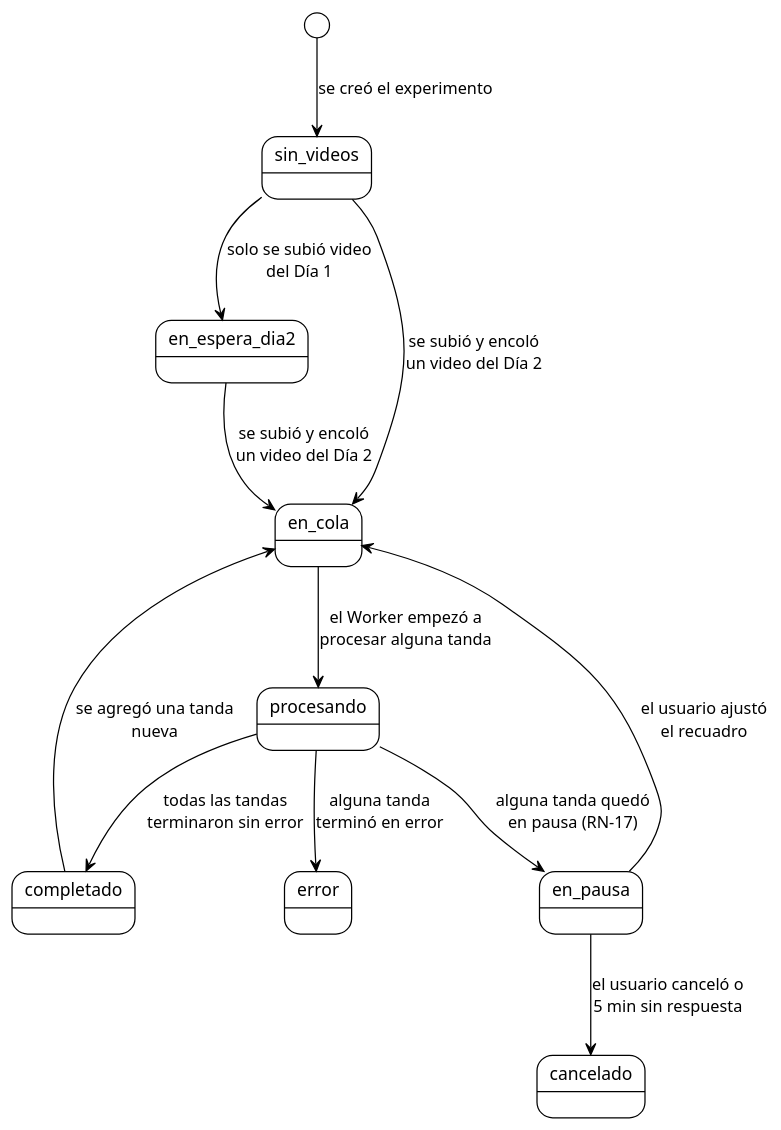
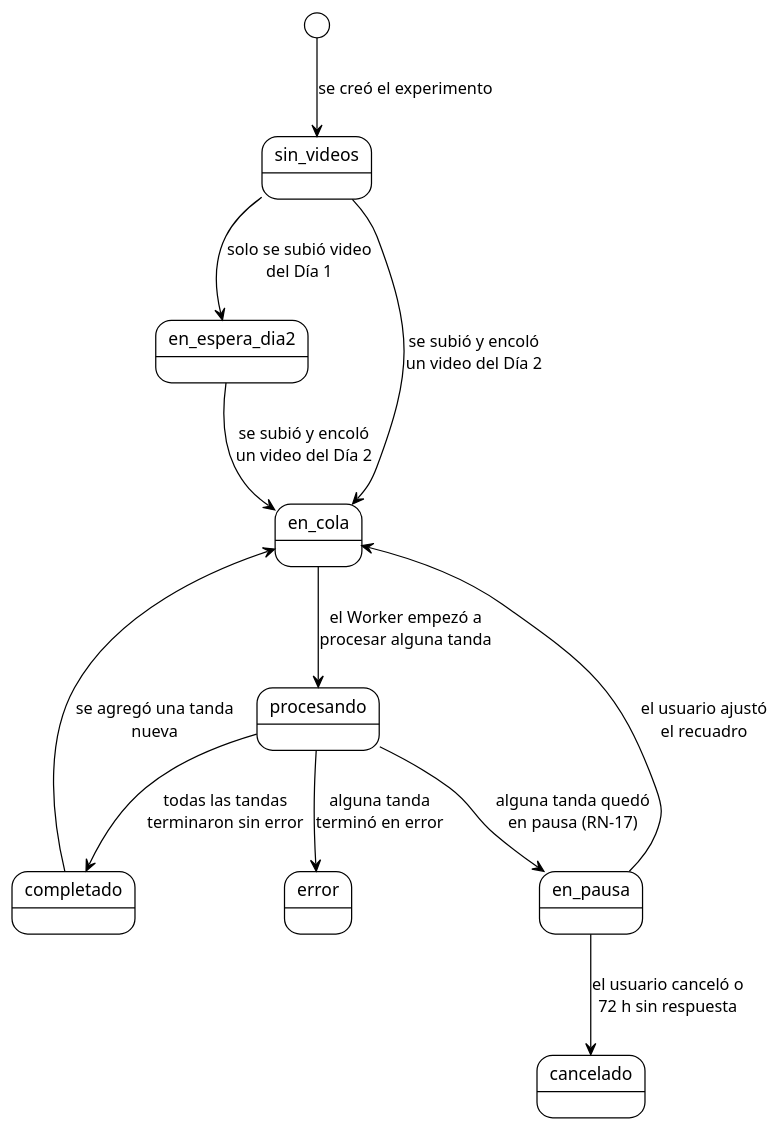
One commit to ErickJester/fst-ai-system-latex changed diagram 15 of 40 in INSTRUCCIONES-WEB.md. Above: the diagram before and after it, drawn with PlantUML. The commit also changed other lines of this file and 34 other files, not shown here.

First line of the commit message:
Pausa de 72 horas sin guardar el motivo de cancelacion (D-112), boton No se ve en la revision (D-113), D-107 confirmada e imagenes regeneradas

````diff
--- a/INSTRUCCIONES-WEB.md
+++ b/INSTRUCCIONES-WEB.md
@@ -2100,20 +2103,20 @@
 ```plantuml
 @startuml estados_experimento
 !theme plain
 skinparam defaultFontName Arial
 skinparam shadowing false
 ' El estado del experimento NO se guarda: se calcula a partir de los
 ' analisis de todas sus tandas. Precedencia: error > cancelado > en pausa > procesando > en cola > completado.
 [*] --> sin_videos : se creó el experimento
 sin_videos --> en_espera_dia2 : solo se subió video\ndel Día 1
 sin_videos --> en_cola : se subió y encoló\nun video del Día 2
 en_espera_dia2 --> en_cola : se subió y encoló\nun video del Día 2
 en_cola --> procesando : el Worker empezó a\nprocesar alguna tanda
 procesando --> completado : todas las tandas\nterminaron sin error
 procesando --> error : alguna tanda\nterminó en error
 procesando --> en_pausa : alguna tanda quedó\nen pausa (RN-17)
 en_pausa --> en_cola : el usuario ajustó\nel recuadro
-en_pausa --> cancelado : el usuario canceló o\n5 min sin respuesta
+en_pausa --> cancelado : el usuario canceló o\n72 h sin respuesta
 completado --> en_cola : se agregó una tanda\nnueva
 @enduml
 ```
````
